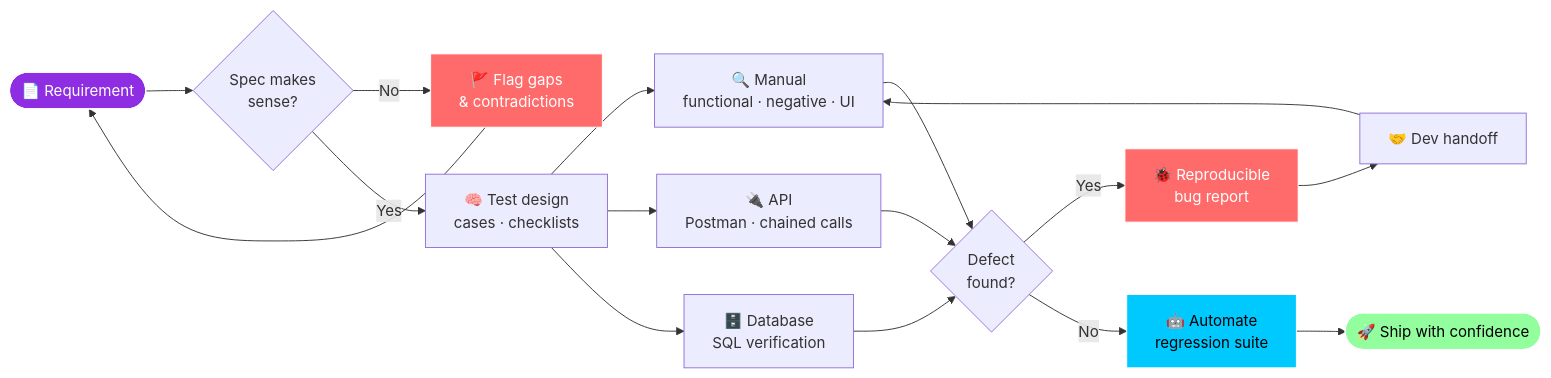
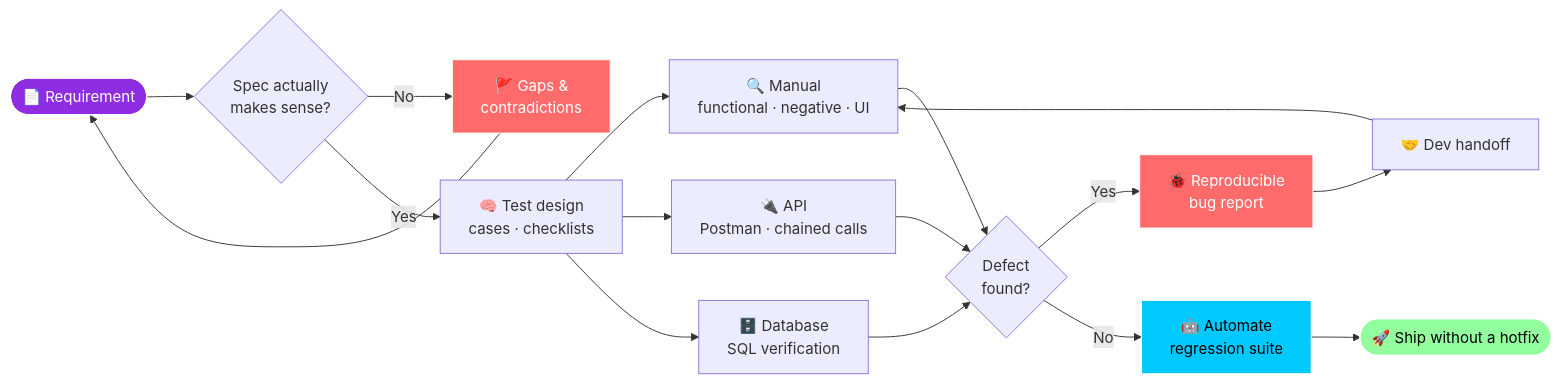
One commit to NisaNajafli/NisaNajafli changed the first of 3 diagrams in README.md. Above: the diagram before and after it, drawn with Mermaid. The commit also changed other lines of this file, not shown here.

````diff
--- a/README.md
+++ b/README.md
@@ -103,22 +154,22 @@
 ```mermaid
 flowchart LR
-    A([📄 Requirement]) --> B{Spec makes<br/>sense?}
-    B -- No --> C[🚩 Flag gaps<br/>& contradictions]
+    A([📄 Requirement]) --> B{Spec actually<br/>makes sense?}
+    B -- No --> C[🚩 Gaps &<br/>contradictions]
     C --> A
     B -- Yes --> D[🧠 Test design<br/>cases · checklists]
     D --> E[🔍 Manual<br/>functional · negative · UI]
     D --> F[🔌 API<br/>Postman · chained calls]
     D --> G[🗄️ Database<br/>SQL verification]
     E & F & G --> H{Defect<br/>found?}
     H -- Yes --> I[🐞 Reproducible<br/>bug report]
     I --> J[🤝 Dev handoff]
     J --> E
     H -- No --> K[🤖 Automate<br/>regression suite]
-    K --> L([🚀 Ship with confidence])
+    K --> L([🚀 Ship without a hotfix])
 
     style A fill:#8E2DE2,stroke:#fff,color:#fff
     style C fill:#FF6B6B,stroke:#fff,color:#fff
     style I fill:#FF6B6B,stroke:#fff,color:#fff
     style K fill:#00C9FF,stroke:#fff,color:#000
     style L fill:#92FE9D,stroke:#fff,color:#000
 ```
````
